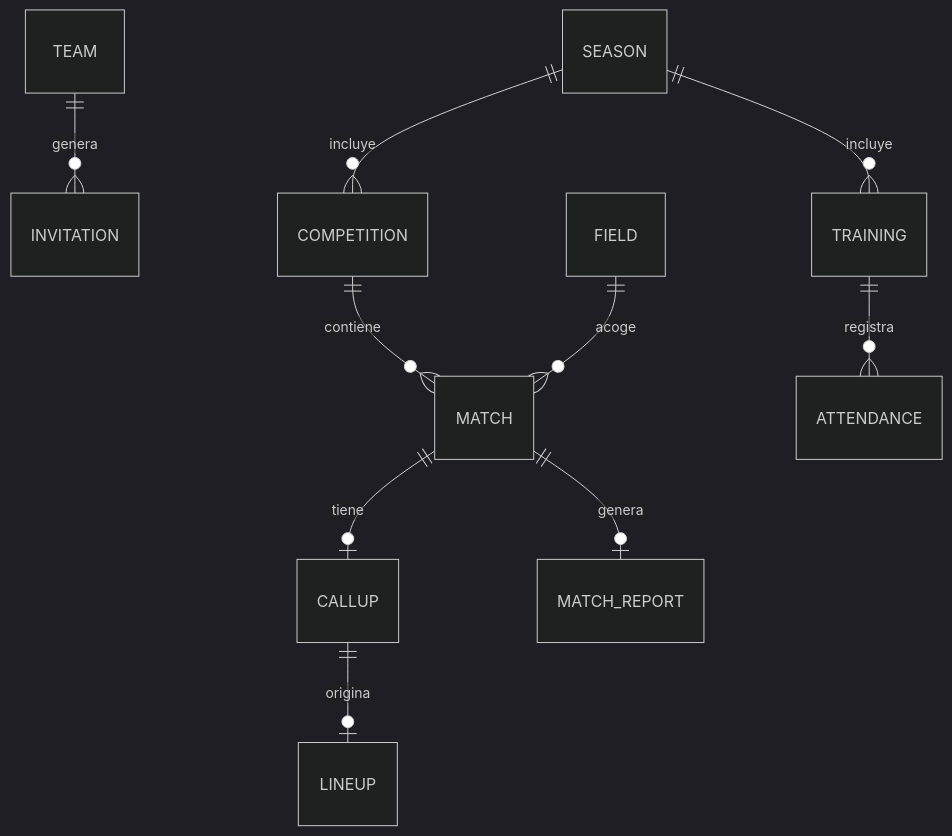
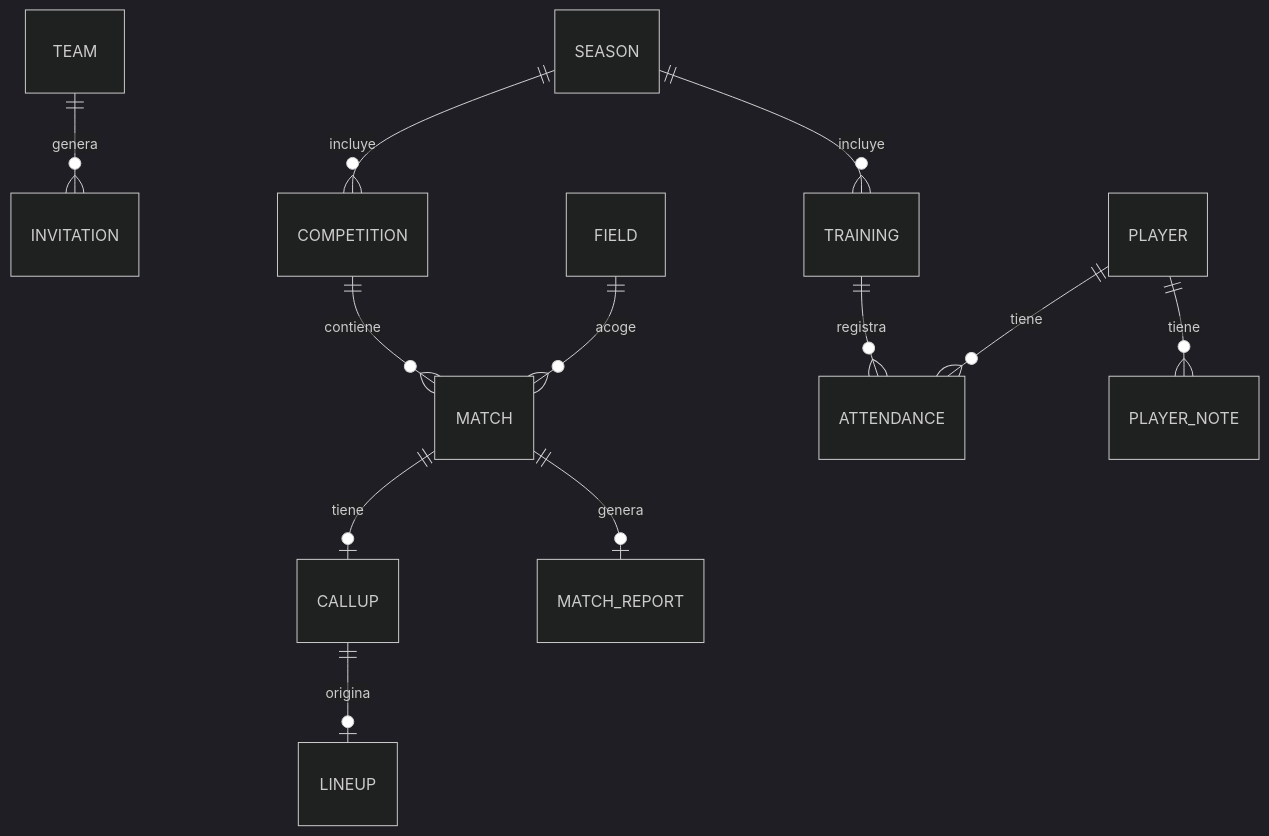
The second of 2 diagrams in docs/modelo-de-datos.md (DavissBlancoDev/GesCoach), drawn with Mermaid (dark theme) before and after one commit. The commit also changed other lines of this file and 2 other files, not shown here.

````diff
--- a/docs/modelo-de-datos.md
+++ b/docs/modelo-de-datos.md
@@ -182,12 +183,14 @@
 ```mermaid
 erDiagram
     TEAM ||--o{ INVITATION : "genera"
     SEASON ||--o{ COMPETITION : "incluye"
     COMPETITION ||--o{ MATCH : "contiene"
     FIELD ||--o{ MATCH : "acoge"
     MATCH ||--o| CALLUP : "tiene"
     CALLUP ||--o| LINEUP : "origina"
     MATCH ||--o| MATCH_REPORT : "genera"
     SEASON ||--o{ TRAINING : "incluye"
     TRAINING ||--o{ ATTENDANCE : "registra"
+    PLAYER ||--o{ ATTENDANCE : "tiene"
+    PLAYER ||--o{ PLAYER_NOTE : "tiene"
 ```
````
